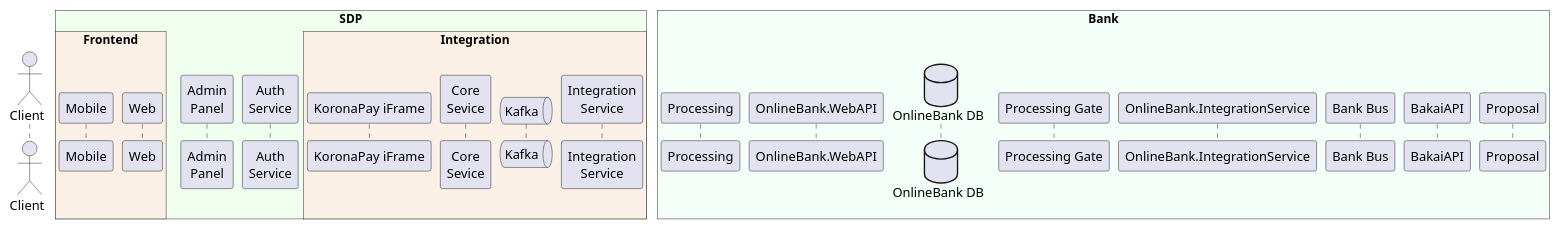
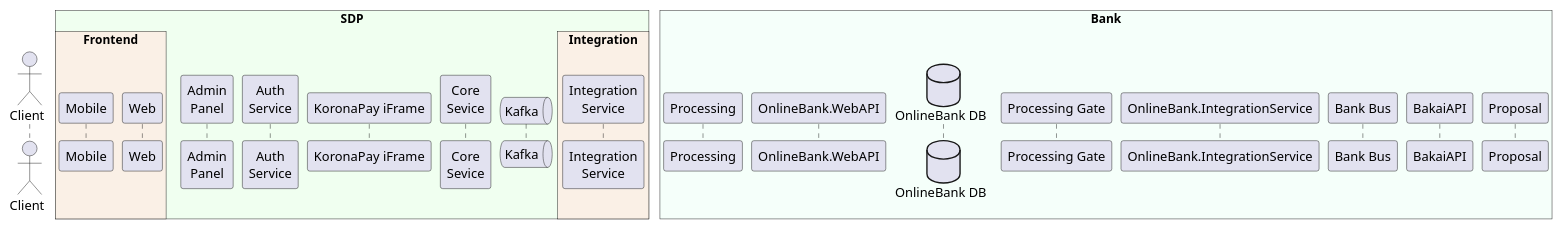
Before and after one commit to MIBtester/plantuml-styles: the diagram in sdp_participants.puml, drawn with PlantUML.

Commit message:
Remove KoronaPay Adapter from integration diagram
Removed 'KoronaPay Adapter' participant from the diagram.

```diff
--- a/sdp_participants.puml
+++ b/sdp_participants.puml
@@ -1,40 +1,39 @@
 @startuml
 !pragma teoz true
 
 actor Client as Client order 10
 
 box "SDP" #HoneyDew
 
         box "Frontend" #Linen
             participant "Mobile" as Mobile order 20
             participant "Web" as Web order 25
         end box
 
     participant "Admin\nPanel" as Admin order 30
     participant "Auth\nService" as Auth order 33
     participant "KoronaPay iFrame" as ZK order 39
     participant "Core\nSevice" as Core order 56
     queue "Kafka" as Kafka order 63
 
       box "Integration" #Linen
-        participant "KoronaPay\nAdapter" as ZK order 70
         participant "Integration\nService" as Integration order 99
       end box
 
 end box
 
 box "Bank" #MintCream
 
     participant "Processing" as Processing order 100
     participant "OnlineBank.WebAPI" as WebAPI order 110
     database "OnlineBank DB" as OBDB order 120
     participant "Processing Gate" as Pgate order 130
     participant "OnlineBank.IntegrationService" as OBIS order 140
     participant "Bank Bus" as BankBus order 150
     participant "BakaiAPI" as BakaiAPI order 160
     participant "Proposal" as Proposal order 170
 
 end box
 
 
 @enduml
```
